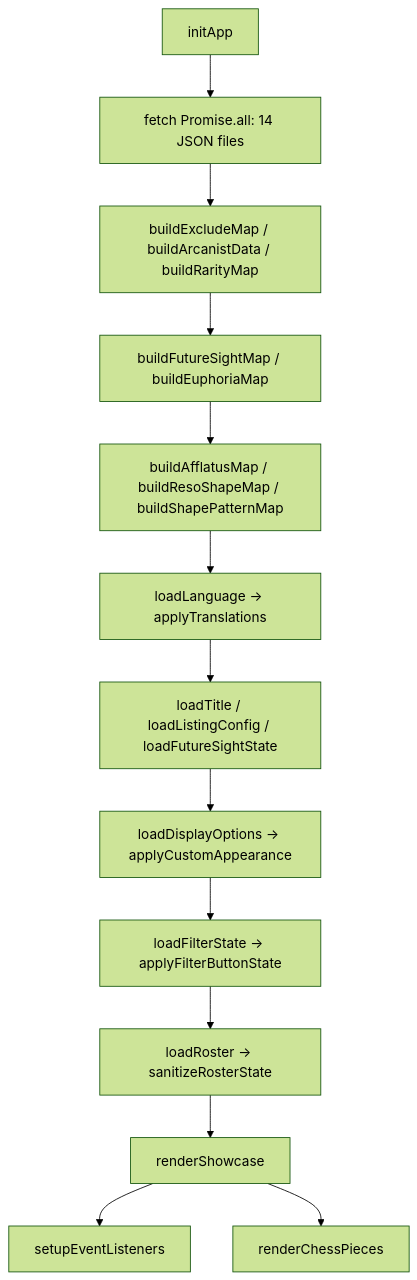
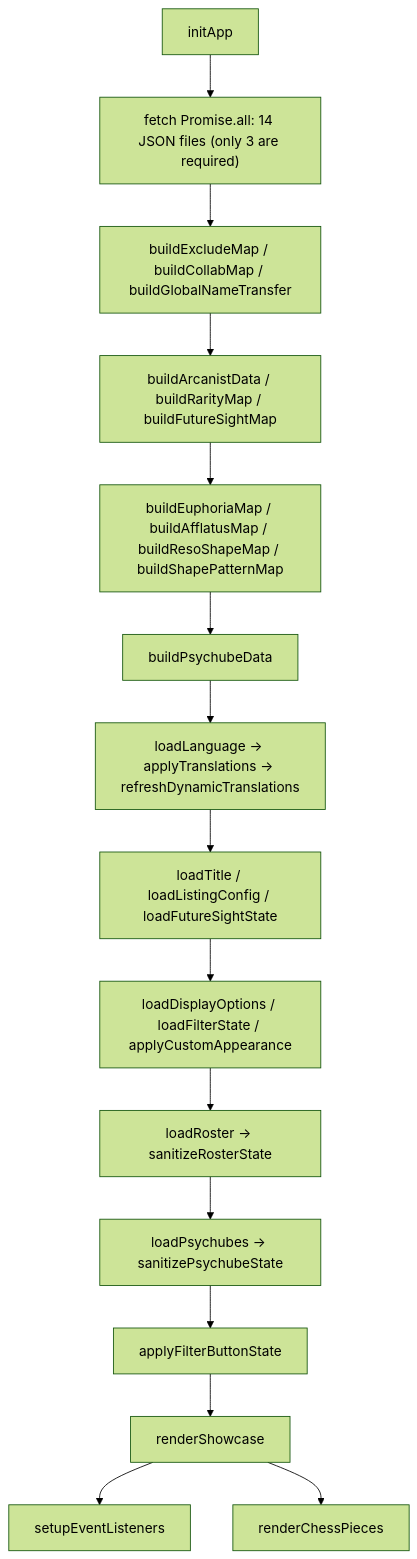
Before and after one commit to shdemi/sotheby: the diagram in README.md, drawn with Mermaid (forest theme). The commit also changed other lines of this file and 9 other files, not shown here.

````diff
--- a/README.md
+++ b/README.md
@@ -278,15 +417,17 @@
 ```mermaid
 flowchart TD
-    A[initApp] --> B[fetch Promise.all: 14 JSON files]
-    B --> C[buildExcludeMap / buildArcanistData / buildRarityMap]
-    C --> D[buildFutureSightMap / buildEuphoriaMap]
-    D --> E[buildAfflatusMap / buildResoShapeMap / buildShapePatternMap]
-    E --> F[loadLanguage → applyTranslations]
-    F --> G[loadTitle / loadListingConfig / loadFutureSightState]
-    G --> H[loadDisplayOptions → applyCustomAppearance]
-    H --> I[loadFilterState → applyFilterButtonState]
+    A[initApp] --> B["fetch Promise.all: 14 JSON files (only 3 are required)"]
+    B --> C[buildExcludeMap / buildCollabMap / buildGlobalNameTransfer]
+    C --> D[buildArcanistData / buildRarityMap / buildFutureSightMap]
+    D --> E[buildEuphoriaMap / buildAfflatusMap / buildResoShapeMap / buildShapePatternMap]
+    E --> F[buildPsychubeData]
+    F --> G[loadLanguage → applyTranslations → refreshDynamicTranslations]
+    G --> H[loadTitle / loadListingConfig / loadFutureSightState]
+    H --> I[loadDisplayOptions / loadFilterState / applyCustomAppearance]
     I --> J[loadRoster → sanitizeRosterState]
-    J --> K[renderShowcase]
-    K --> L[setupEventListeners]
-    K --> M[renderChessPieces]
+    J --> K[loadPsychubes → sanitizePsychubeState]
+    K --> L[applyFilterButtonState]
+    L --> M[renderShowcase]
+    M --> N[setupEventListeners]
+    M --> O[renderChessPieces]
 ```
````
